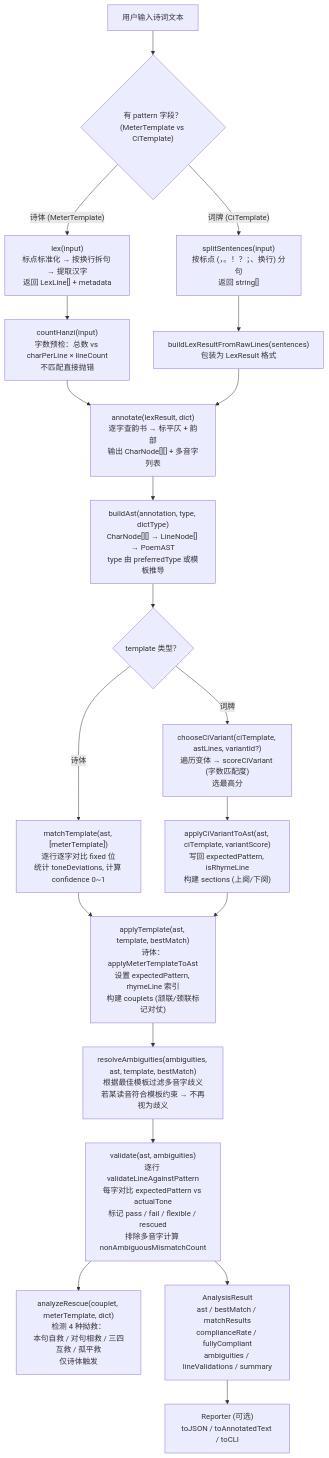
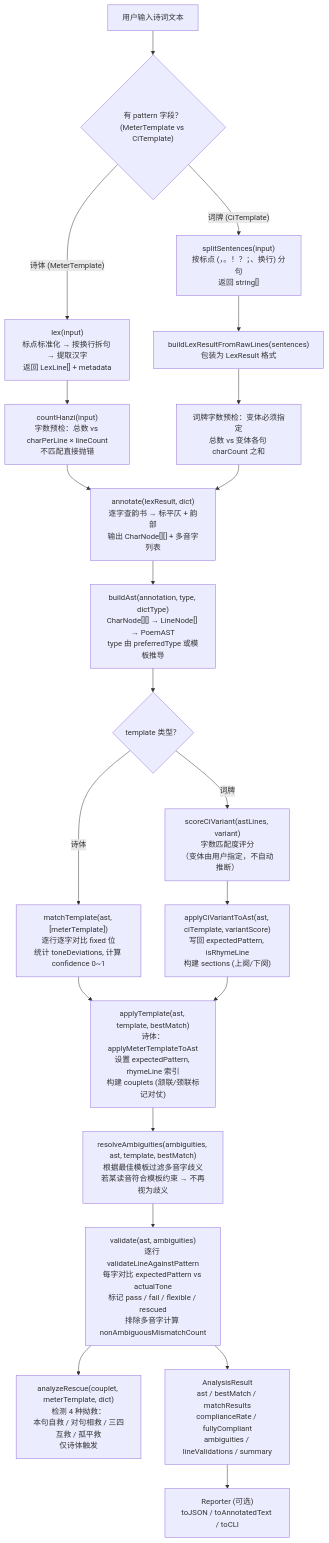
Before and after one commit to wujinhjun/poem-creation: the diagram in packages/parser/README.md, drawn with Mermaid. The commit also changed other lines of this file and 9 other files, not shown here.

````diff
--- a/packages/parser/README.md
+++ b/packages/parser/README.md
@@ -47,41 +47,42 @@
 ```mermaid
 flowchart TD
     INPUT["用户输入诗词文本"]
 
     INPUT --> SPLIT{"有 pattern 字段？<br/>(MeterTemplate vs CiTemplate)"}
 
     %% ──── 诗体路径 ────
     SPLIT -->|"诗体 (MeterTemplate)"| LEX["lex(input)<br/>标点标准化 → 按换行拆句 → 提取汉字<br/>返回 LexLine[] + metadata"]
     LEX --> PRE["countHanzi(input)<br/>字数预检：总数 vs charPerLine × lineCount<br/>不匹配直接抛错"]
     PRE --> ANNO["annotate(lexResult, dict)<br/>逐字查韵书 → 标平仄 + 韵部<br/>输出 CharNode[][] + 多音字列表"]
 
     %% ──── 词牌路径 ────
     SPLIT -->|"词牌 (CiTemplate)"| CISPLIT["splitSentences(input)<br/>按标点 (，。！？；、换行) 分句<br/>返回 string[]"]
     CISPLIT --> CILEX["buildLexResultFromRawLines(sentences)<br/>包装为 LexResult 格式"]
-    CILEX --> ANNO
+    CILEX --> CIPRE["词牌字数预检：变体必须指定<br/>总数 vs 变体各句 charCount 之和"]
+    CIPRE --> ANNO
 
     %% ──── 公共路径 ────
     ANNO --> AST["buildAst(annotation, type, dictType)<br/>CharNode[][] → LineNode[] → PoemAST<br/>type 由 preferredType 或模板推导"]
 
     AST --> MATCH{"template 类型？"}
 
     %% ──── 诗体匹配 ────
     MATCH -->|"诗体"| METER["matchTemplate(ast, [meterTemplate])<br/>逐行逐字对比 fixed 位<br/>统计 toneDeviations, 计算 confidence 0~1"]
 
     %% ──── 词牌匹配 ────
-    MATCH -->|"词牌"| CIVAR["chooseCiVariant(ciTemplate, astLines, variantId?)<br/>遍历变体 → scoreCiVariant (字数匹配度)<br/>选最高分"]
+    MATCH -->|"词牌"| CIVAR["scoreCiVariant(astLines, variant)<br/>字数匹配度评分<br/>（变体由用户指定，不自动推断）"]
     CIVAR --> CIAST["applyCiVariantToAst(ast, ciTemplate, variantScore)<br/>写回 expectedPattern, isRhymeLine<br/>构建 sections (上阕/下阕)"]
 
     METER --> APPLY["applyTemplate(ast, template, bestMatch)<br/>诗体：applyMeterTemplateToAst<br/>设置 expectedPattern, rhymeLine 索引<br/>构建 couplets (颔联/颈联标记对仗)"]
     CIAST --> APPLY
 
     APPLY --> AMBIG["resolveAmbiguities(ambiguities, ast, template, bestMatch)<br/>根据最佳模板过滤多音字歧义<br/>若某读音符合模板约束 → 不再视为歧义"]
 
     AMBIG --> VALID["validate(ast, ambiguities)<br/>逐行 validateLineAgainstPattern<br/>每字对比 expectedPattern vs actualTone<br/>标记 pass / fail / flexible / rescued<br/>排除多音字计算 nonAmbiguousMismatchCount"]
 
     VALID --> RESCUE["analyzeRescue(couplet, meterTemplate, dict)<br/>检测 4 种拗救：<br/>本句自救 / 对句相救 / 三四互救 / 孤平救<br/>仅诗体触发"]
 
     VALID --> OUTPUT["AnalysisResult<br/>ast / bestMatch / matchResults<br/>complianceRate / fullyCompliant<br/>ambiguities / lineValidations / summary"]
 
     OUTPUT --> REPORTER["Reporter (可选)<br/>toJSON / toAnnotatedText / toCLI"]
 ```
````
